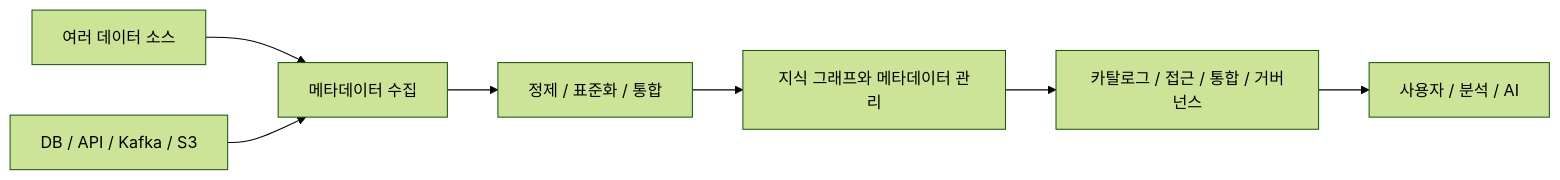
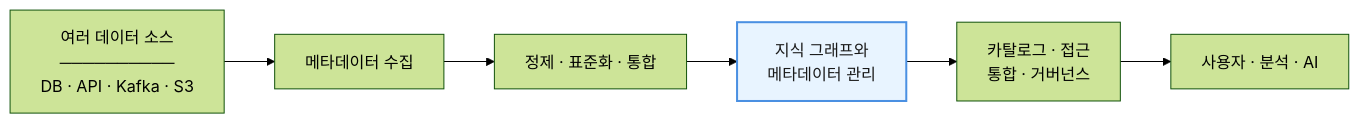
The fifth of 6 diagrams in 모던 데이터 아키텍처/부록 B. 지식 그래프와 시맨틱 웹.md (i31pc17/bitbook), drawn with Mermaid (forest theme) before and after one commit. The commit also changed other lines of this file, not shown here.

````diff
--- a/모던 데이터 아키텍처/부록 B. 지식 그래프와 시맨틱 웹.md
+++ b/모던 데이터 아키텍처/부록 B. 지식 그래프와 시맨틱 웹.md
@@ -376,16 +377,13 @@
 ```mermaid
 flowchart LR
-    n0["여러 데이터 소스"]
-    n1["DB / API / Kafka / S3"]
-    n2["메타데이터 수집"]
-    n3["정제 / 표준화 / 통합"]
-    n4["지식 그래프와 메타데이터 관리"]
-    n5["카탈로그 / 접근 / 통합 / 거버넌스"]
-    n6["사용자 / 분석 / AI"]
-    n0 --> n2
-    n1 --> n2
-    n2 --> n3
-    n3 --> n4
-    n4 --> n5
-    n5 --> n6
+    SRC["여러 데이터 소스<br/>──────────<br/>DB · API · Kafka · S3"]
+    COL["메타데이터 수집"]
+    STD["정제 · 표준화 · 통합"]
+    KG["지식 그래프와<br/>메타데이터 관리"]
+    SVC["카탈로그 · 접근<br/>통합 · 거버넌스"]
+    USR["사용자 · 분석 · AI"]
+
+    SRC --> COL --> STD --> KG --> SVC --> USR
+
+    style KG fill:#e8f4ff,stroke:#4a90e2,stroke-width:2px,color:#1a1a1a
 ```
````
